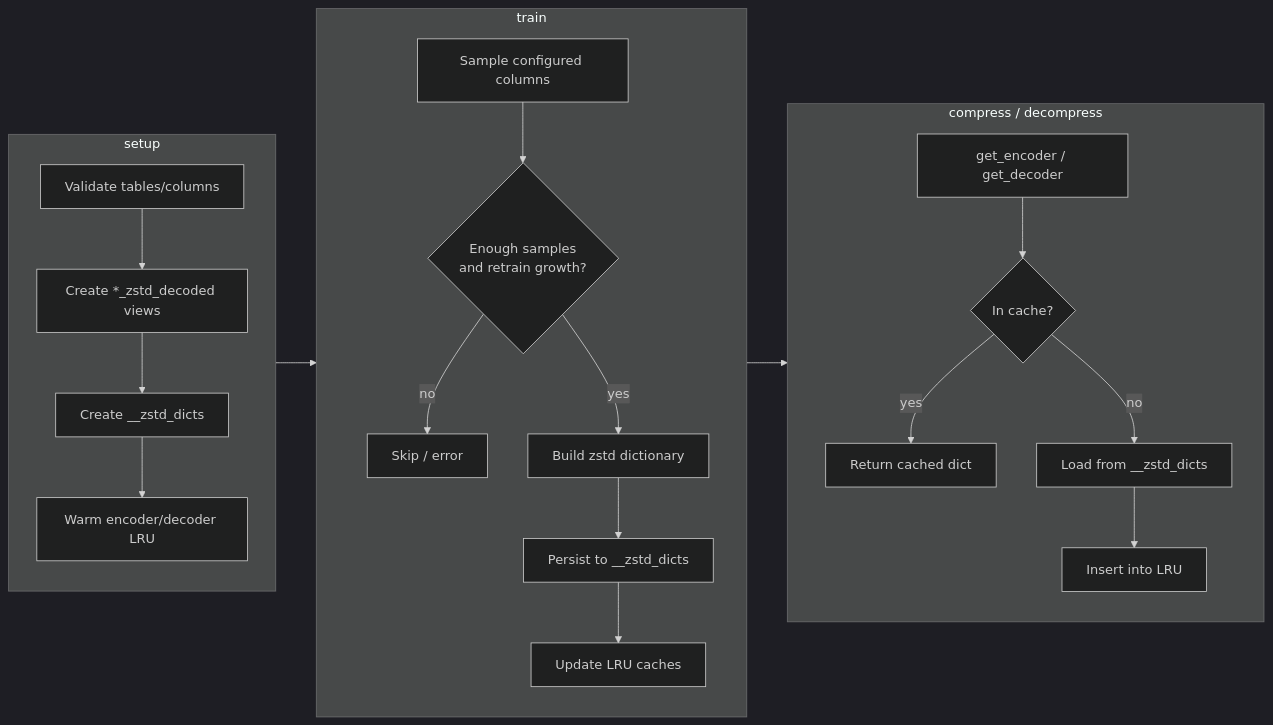
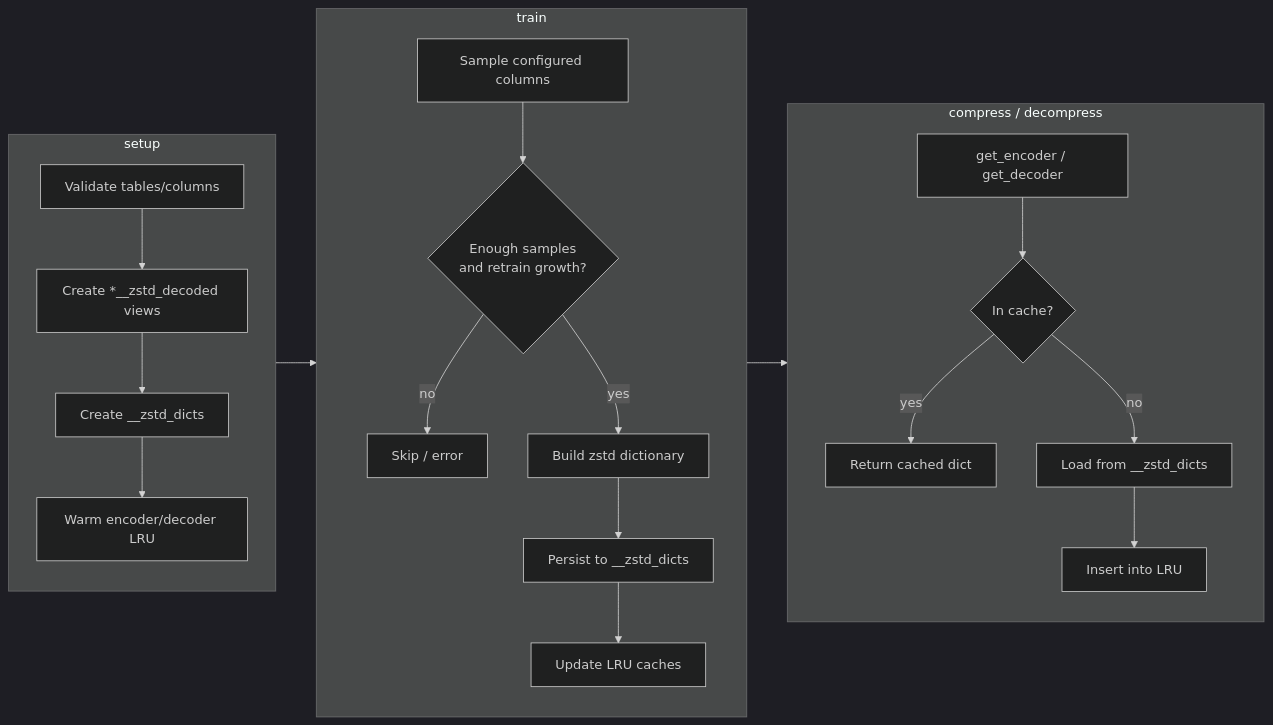
The diagram in README.md (caido/sqlite-rs), drawn with Mermaid (dark theme) before and after one commit. The commit also changed 2 other files, not shown here.

Commit message:
♻️ Fix name view table

````diff
--- a/README.md
+++ b/README.md
@@ -30,25 +30,25 @@
 ```mermaid
 flowchart LR
   subgraph setup_flow [setup]
-    A[Validate tables/columns] --> B[Create *_zstd_decoded views]
+    A[Validate tables/columns] --> B[Create *__zstd_decoded views]
     B --> C[Create __zstd_dicts]
     C --> D[Warm encoder/decoder LRU]
   end
 
   subgraph train_flow [train]
     E[Sample configured columns] --> F{Enough samples<br/>and retrain growth?}
     F -->|no| G[Skip / error]
     F -->|yes| H[Build zstd dictionary]
     H --> I[Persist to __zstd_dicts]
     I --> J[Update LRU caches]
   end
 
   subgraph use_flow [compress / decompress]
     K[get_encoder / get_decoder] --> L{In cache?}
     L -->|yes| M[Return cached dict]
     L -->|no| N[Load from __zstd_dicts]
     N --> O[Insert into LRU]
   end
 
   setup_flow --> train_flow --> use_flow
 ```
````
